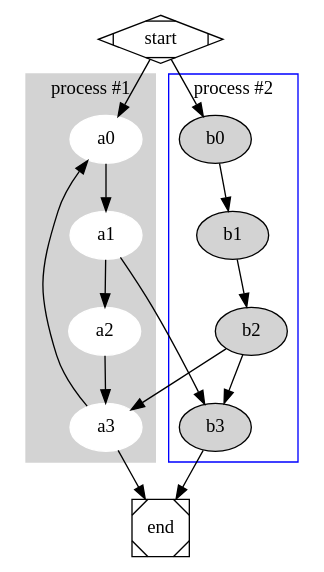
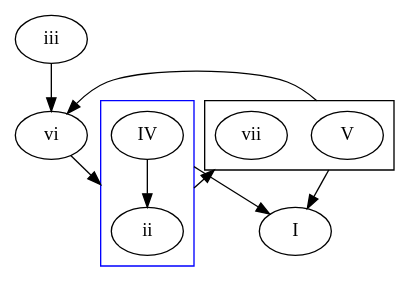
Before and after one commit to la3lma/chordpatterns: the diagram in chord-pattern.dot, drawn with Graphviz.

Commit message:
Somewhat functional pattern

```diff
--- a/chord-pattern.dot
+++ b/chord-pattern.dot
@@ -1,26 +1,20 @@
 digraph G {
 
-   subgraph cluster_0 {
-   style=filled;
-     color=lightgrey;
-     node [style=filled,color=white];
-     a0 -> a1 -> a2 -> a3;
-     label = "process #1";	
+  compound=true;
+
+
+   subgraph cluster1 {
+      IV  -> ii;
+      color=blue
    }
-
-   subgraph cluster_1 {
-     node [style=filled];
-     b0 -> b1 -> b2 -> b3;
-     label = "process #2";
-     color=blue
-    }
-   start -> a0;
-   start -> b0;
-   a1 -> b3;
-   b2 -> a3;
-   a3 -> a0;
-   a3 -> end;
-   b3 -> end;
-   start [shape=Mdiamond];
-   end [shape=Msquare];
+   subgraph cluster2 {
+      vii;
+      V;
+   }
+   V -> vi [ltail=cluster2];
+   ii-> vii [ltail=cluster1, lhead=cluster2];
+   V   -> I [ltail=cluster2];
+   IV  -> I [ltail=cluster1];
+   iii -> vi;
+   vi  -> ii [lhead=cluster1];
 }
```
